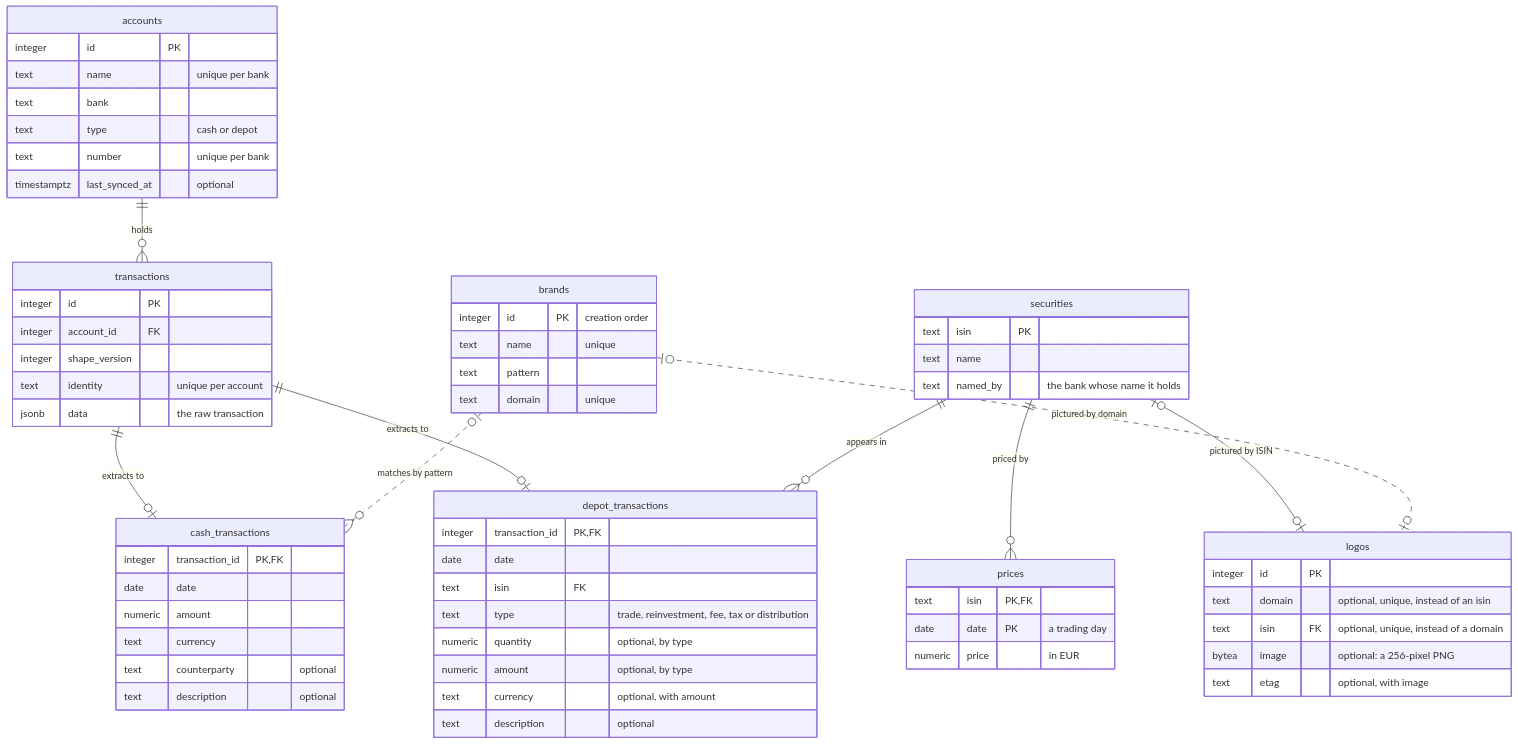
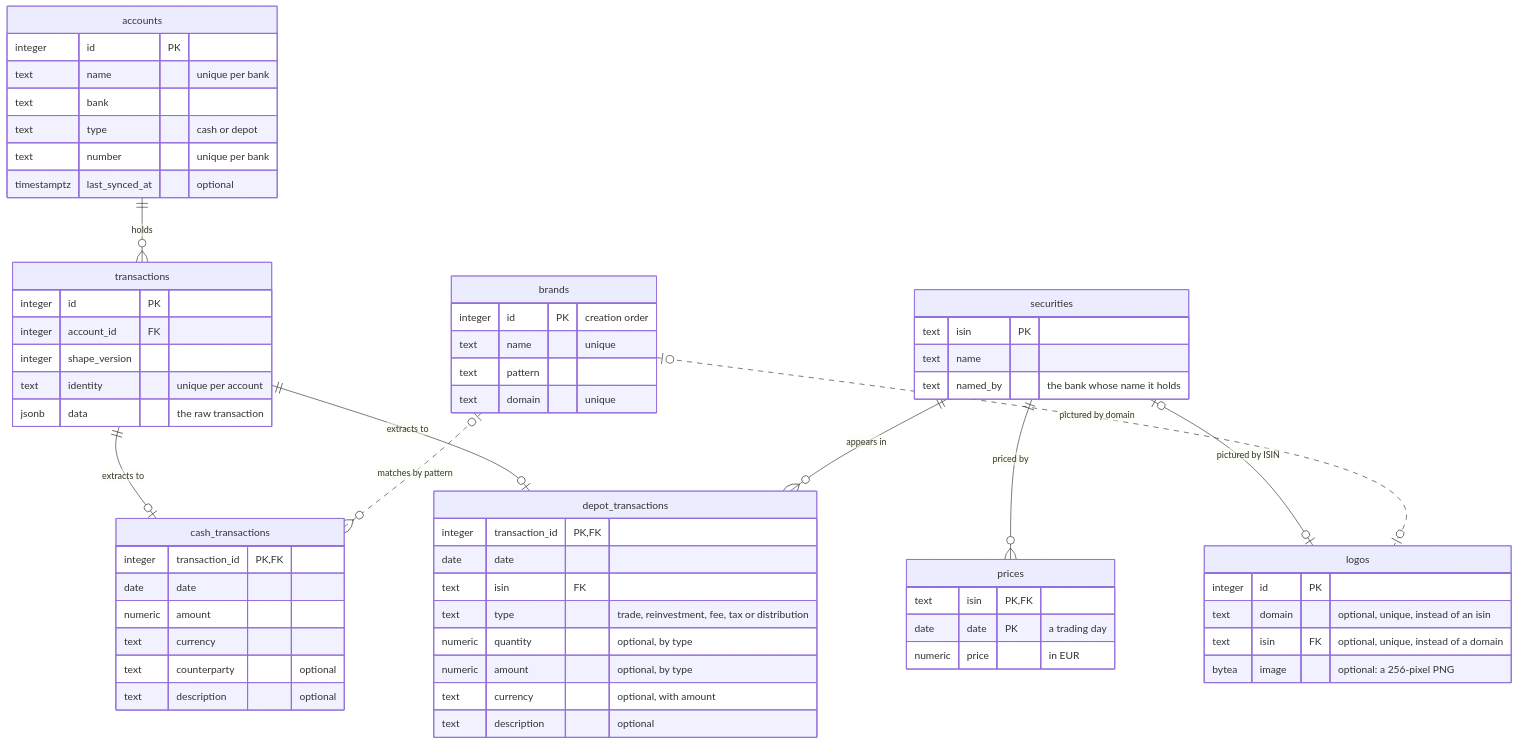
Before and after one commit to lennartmoeller/finance-tracker: the diagram in docs/contract/data-model.md, drawn with Mermaid. The commit also changed other lines of this file and 221 other files, not shown here.

````diff
--- a/docs/contract/data-model.md
+++ b/docs/contract/data-model.md
@@ -3,68 +3,67 @@
 ```mermaid
 erDiagram
   accounts ||--o{ transactions : "holds"
   transactions ||--o| cash_transactions : "extracts to"
   transactions ||--o| depot_transactions : "extracts to"
   securities ||--o{ depot_transactions : "appears in"
   securities ||--o{ prices : "priced by"
   securities |o--o| logos : "pictured by ISIN"
   brands |o..o| logos : "pictured by domain"
   brands |o..o{ cash_transactions : "matches by pattern"
 
   accounts {
     integer id PK
     text name "unique per bank"
     text bank
     text type "cash or depot"
     text number "unique per bank"
     timestamptz last_synced_at "optional"
   }
   transactions {
     integer id PK
     integer account_id FK
     integer shape_version
     text identity "unique per account"
     jsonb data "the raw transaction"
   }
   cash_transactions {
     integer transaction_id PK, FK
     date date
     numeric amount
     text currency
     text counterparty "optional"
     text description "optional"
   }
   depot_transactions {
     integer transaction_id PK, FK
     date date
     text isin FK
     text type "trade, reinvestment, fee, tax or distribution"
     numeric quantity "optional, by type"
     numeric amount "optional, by type"
     text currency "optional, with amount"
     text description "optional"
   }
   securities {
     text isin PK
     text name
     text named_by "the bank whose name it holds"
   }
   prices {
     text isin PK, FK
     date date PK "a trading day"
     numeric price "in EUR"
   }
   brands {
     integer id PK "creation order"
     text name "unique"
     text pattern
     text domain "unique"
   }
   logos {
     integer id PK
     text domain "optional, unique, instead of an isin"
     text isin FK "optional, unique, instead of a domain"
     bytea image "optional: a 256-pixel PNG"
-    text etag "optional, with image"
   }
 ```
````
